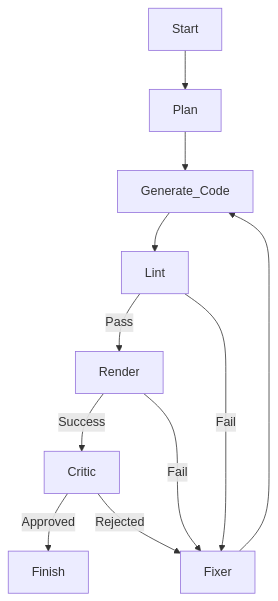
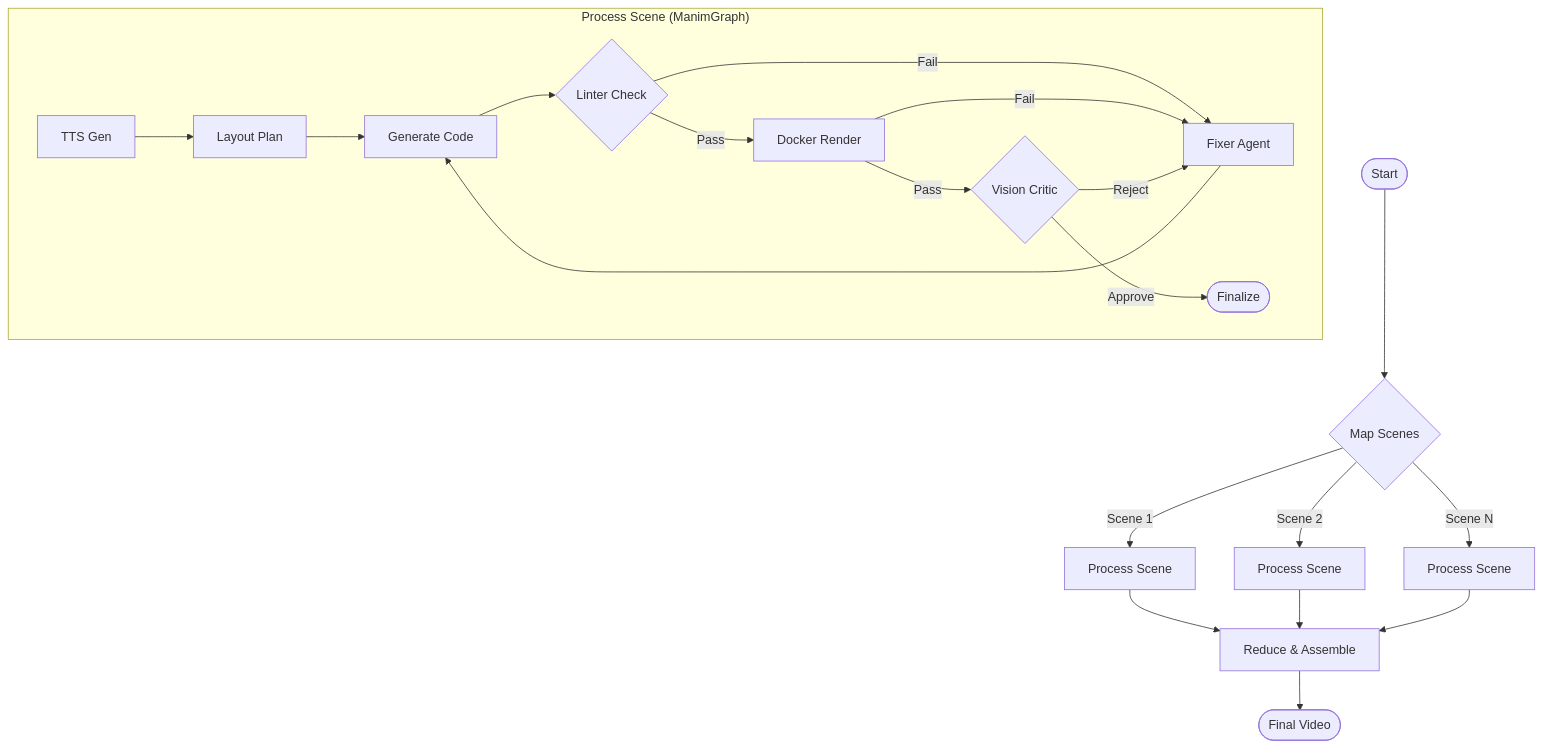
The diagram in README.md (pswd123456/markdown-to-video), drawn with Mermaid before and after one commit. The commit also changed other lines of this file and 1 other file, not shown here.

Commit message:
docs: Rewrite README to reflect v3.0 architecture and deployment steps [Task: task-038]

````diff
--- a/README.md
+++ b/README.md
@@ -87,13 +24,28 @@
 ```mermaid
 graph TD
-    Start --> Plan
-    Plan --> Generate_Code
-    Generate_Code --> Lint
-    Lint -- Pass --> Render
-    Lint -- Fail --> Fixer
-    Render -- Success --> Critic
-    Render -- Fail --> Fixer
-    Critic -- Approved --> Finish
-    Critic -- Rejected --> Fixer
-    Fixer --> Generate_Code
+    Start([Start]) --> Split{Map Scenes}
+    Split -->|Scene 1| Node1[Process Scene]
+    Split -->|Scene 2| Node2[Process Scene]
+    Split -->|Scene N| Node3[Process Scene]
+    
+    subgraph "Process Scene (ManimGraph)"
+        TTS[TTS Gen] --> Plan[Layout Plan]
+        Plan --> Gen[Generate Code]
+        Gen --> Lint{Linter Check}
+        
+        Lint -- Fail --> Fix[Fixer Agent]
+        Fix --> Gen
+        
+        Lint -- Pass --> Render[Docker Render]
+        Render -- Fail --> Fix
+        
+        Render -- Pass --> Critic{Vision Critic}
+        Critic -- Reject --> Fix
+        Critic -- Approve --> Fin([Finalize])
+    end
+    
+    Node1 --> Join[Reduce & Assemble]
+    Node2 --> Join
+    Node3 --> Join
+    Join --> End([Final Video])
 ```
````
